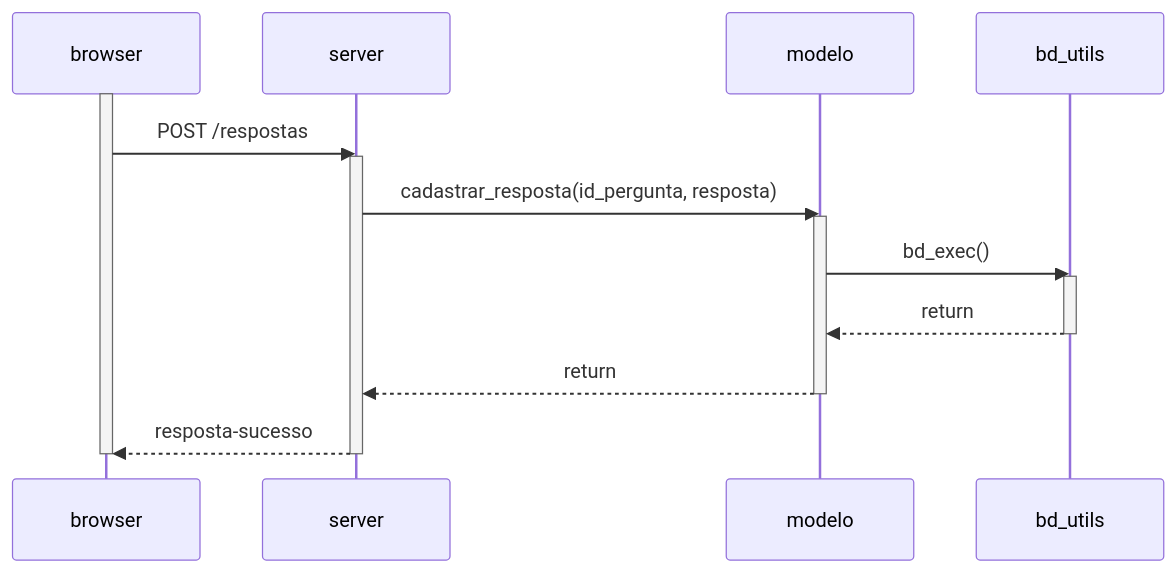
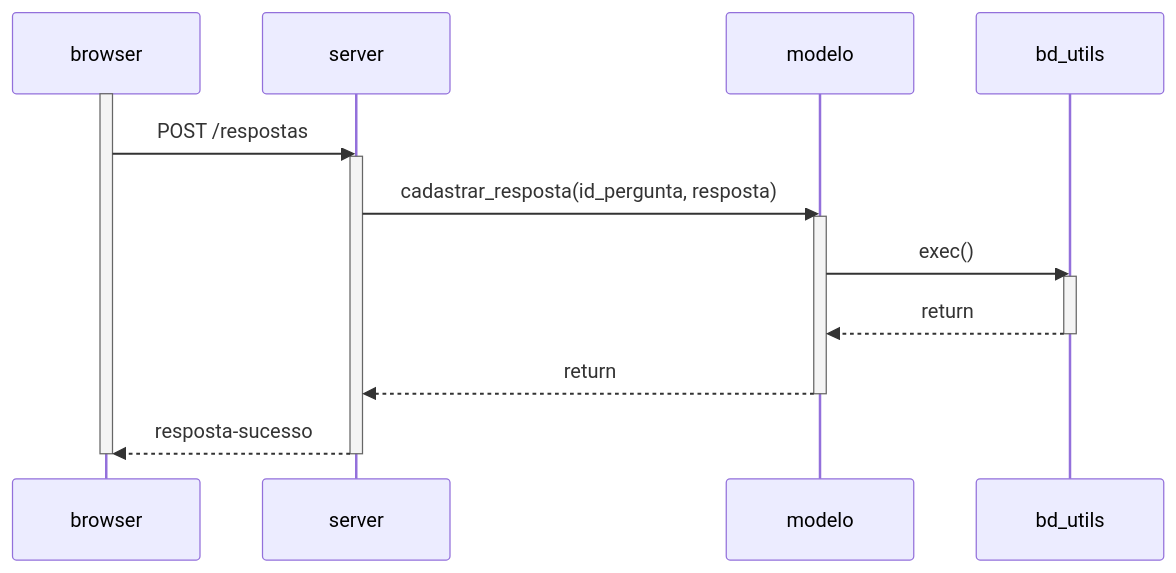
Before and after one commit to mtov/esmforum: the fourth of 4 diagrams in docs/uml.md, drawn with Mermaid. The commit also changed other lines of this file and 12 other files, not shown here.

````diff
--- a/docs/uml.md
+++ b/docs/uml.md
@@ -83,17 +85,17 @@
 ```mermaid
     sequenceDiagram
         activate browser
 	browser->>server: POST /respostas
         activate server
         server->>modelo: cadastrar_resposta(id_pergunta, resposta)
         activate modelo
-        modelo->>bd_utils: bd_exec()
+        modelo->>bd_utils: exec()
         activate bd_utils
         bd_utils-->>modelo: return
         deactivate bd_utils
         modelo-->>server: return
         deactivate modelo
 	server-->>browser: resposta-sucesso
 	deactivate server
 	deactivate browser
 ```	
````
